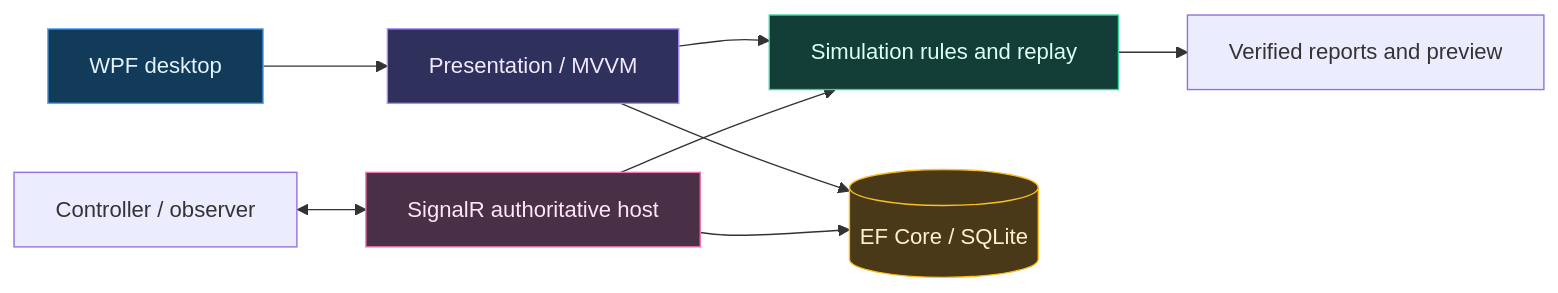
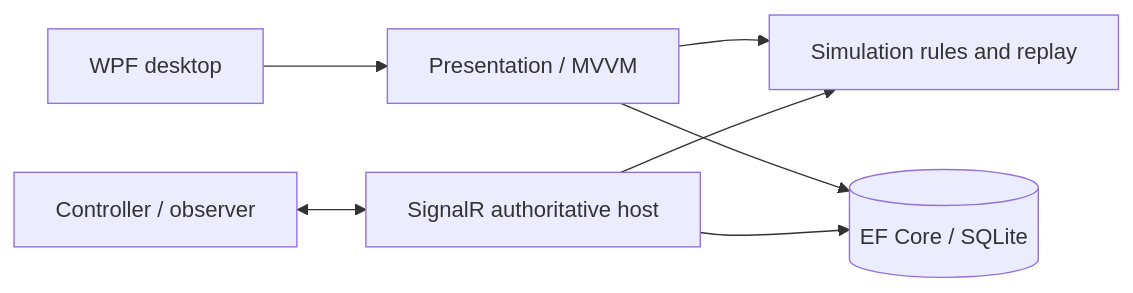
The diagram in README.md (DevMursLab/aegis-sim-desktop), drawn with Mermaid before and after one commit. The commit also changed other lines of this file and 35 other files, not shown here.

````diff
--- a/README.md
+++ b/README.md
@@ -78,15 +76,9 @@
 ```mermaid
 flowchart LR
     UI[WPF desktop] --> VM[Presentation / MVVM]
     VM --> SIM[Simulation rules and replay]
     VM --> DB[(EF Core / SQLite)]
-    HOST[SignalR authoritative host] --> SIM
+    CLIENT[Controller / observer] <--> HOST[SignalR authoritative host]
+    HOST --> SIM
     HOST --> DB
-    CLIENT[Controller / observer] <--> HOST
-    SIM --> REPORT[Verified reports and preview]
-    style UI fill:#123a59,color:#e3f3ff,stroke:#58a6ff
-    style VM fill:#30305c,color:#f0eaff,stroke:#a78bfa
-    style SIM fill:#123e37,color:#ddfff4,stroke:#34d399
-    style DB fill:#493919,color:#fff1cf,stroke:#fbbf24
-    style HOST fill:#493047,color:#ffe6f5,stroke:#f472b6
 ```
````
